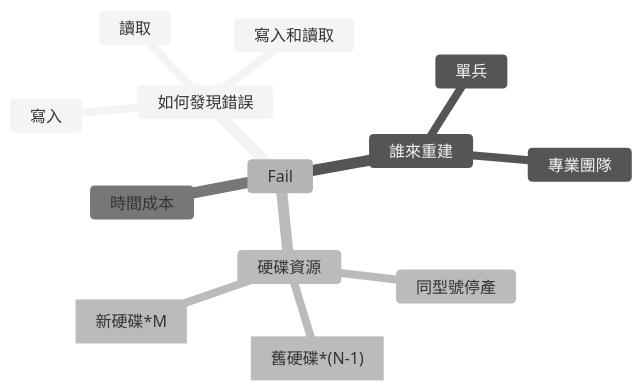
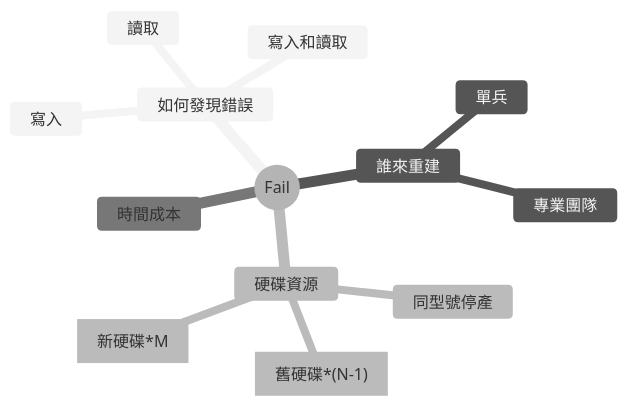
The second of 5 diagrams in helper_BackupvsRAID.md (lankahsu520/HelperX), drawn with Mermaid (neutral theme) before and after one commit. The commit also changed other lines of this file and 6 other files, not shown here.

Commit message:
add mindmap root(())

````diff
--- a/helper_BackupvsRAID.md
+++ b/helper_BackupvsRAID.md
@@ -66,17 +66,17 @@
 ```mermaid
 mindmap
-	Fail
+	root((Fail))
 		如何發現錯誤
 			寫入
 			讀取
 			寫入和讀取
 		誰來重建
 			單兵
 			專業團隊
 		硬碟資源
 			同型號停產
 			舊硬碟處置["舊硬碟*(N-1)"]
 			新硬碟準備["新硬碟*M"]
 		時間成本	
 
 ```
````
